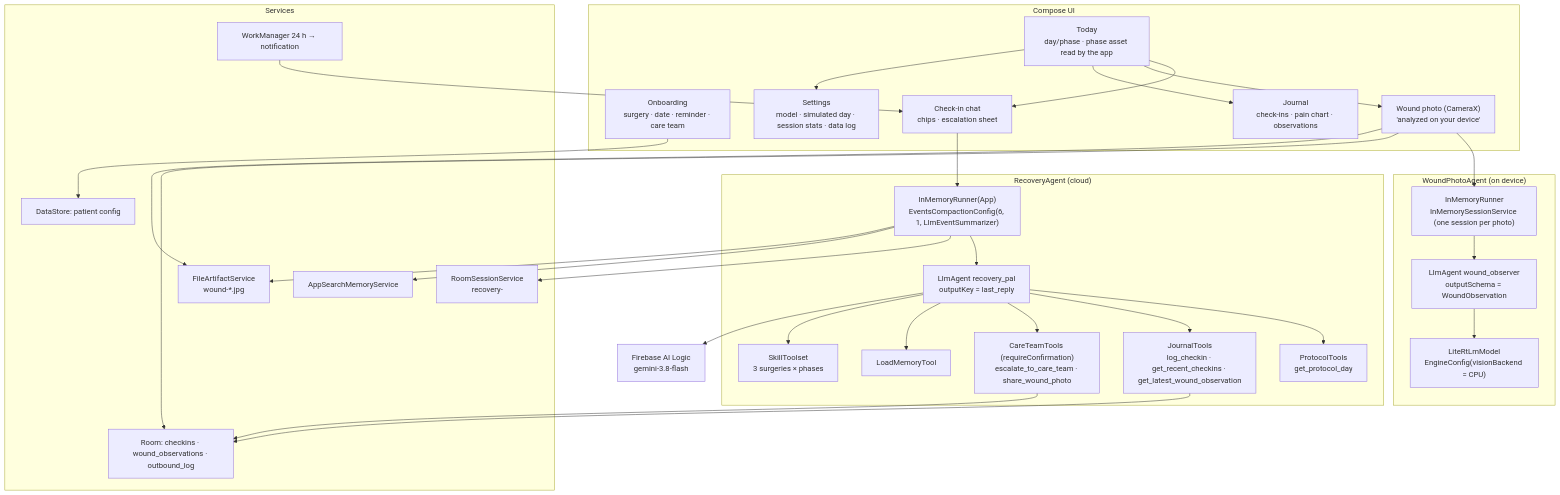
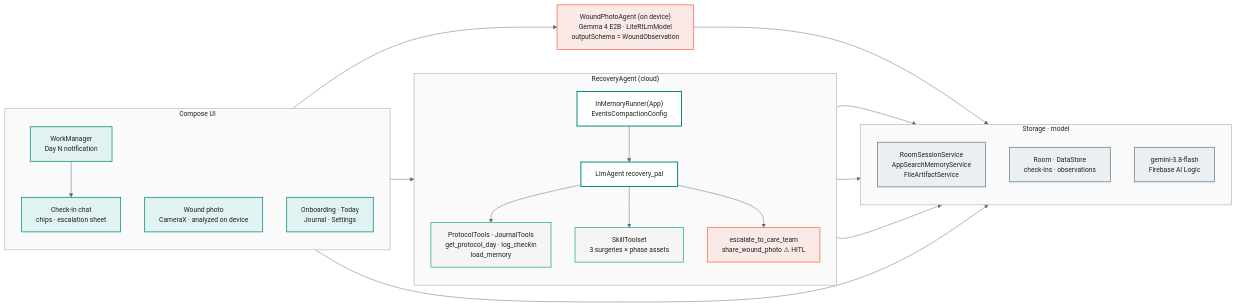
Before and after one commit to ykro/recovery-pal-demo: the first of 2 diagrams in README.md, drawn with Mermaid. The commit also changed other lines of this file, not shown here.

Commit message:
Redesign README Mermaid diagrams for readability on GitHub
Left-to-right layered flowcharts with per-app color classes that read in light and
dark themes, fewer edges, HITL tools and on-device models highlighted; sequence
diagrams get autonumber, notes and approve/cancel branches.

Claude-Session: https://claude.ai/code/session_01CG2TEoiKTQVJWCuS4cZA8s

````diff
--- a/README.md
+++ b/README.md
@@ -28,45 +28,48 @@
 ```mermaid
-flowchart TB
+%%{init: {'theme':'base','themeVariables': {'lineColor':'#546E7A','textColor':'#212121','edgeLabelBackground':'#FFFFFF','fontSize':'14px'},'flowchart': {'wrappingWidth': 320}}}%%
+flowchart LR
   subgraph UI["Compose UI"]
-    On["Onboarding\nsurgery · date · reminder · care team"]
-    Today["Today\nday/phase · phase asset read by the app"]
-    Chk["Check-in chat\nchips · escalation sheet"]
-    Photo["Wound photo (CameraX)\n'analyzed on your device'"]
-    Jr["Journal\ncheck-ins · pain chart · observations"]
-    St["Settings\nmodel · simulated day · session stats · data log"]
+    direction TB
+    WM["WorkManager<br/>Day N notification"]
+    Chk["Check-in chat<br/>chips · escalation sheet"]
+    Photo["Wound photo<br/>CameraX · analyzed on device"]
+    Screens["Onboarding · Today<br/>Journal · Settings"]
   end
-  subgraph Cloud["RecoveryAgent (cloud)"]
-    RR["InMemoryRunner(App)\nEventsCompactionConfig(6, 1, LlmEventSummarizer)"]
-    RA["LlmAgent recovery_pal\noutputKey = last_reply"]
-    PT["ProtocolTools\nget_protocol_day"]
-    JT["JournalTools\nlog_checkin · get_recent_checkins · get_latest_wound_observation"]
-    CT["CareTeamTools (requireConfirmation)\nescalate_to_care_team · share_wound_photo"]
-    LM["LoadMemoryTool"]
-    SK["SkillToolset\n3 surgeries × phases"]
+  subgraph CLOUD["RecoveryAgent (cloud)"]
+    direction TB
+    RR["InMemoryRunner(App)<br/>EventsCompactionConfig"]
+    RA["LlmAgent recovery_pal"]
+    Tools["ProtocolTools · JournalTools<br/>get_protocol_day · log_checkin<br/>load_memory"]
+    SK["SkillToolset<br/>3 surgeries × phase assets"]
+    CT["escalate_to_care_team<br/>share_wound_photo ⚠︎ HITL"]
   end
-  subgraph Device["WoundPhotoAgent (on device)"]
-    WR["InMemoryRunner\nInMemorySessionService (one session per photo)"]
-    WA["LlmAgent wound_observer\noutputSchema = WoundObservation"]
-    LR["LiteRtLmModel\nEngineConfig(visionBackend = CPU)"]
+  WA["WoundPhotoAgent (on device)<br/>Gemma 4 E2B · LiteRtLmModel<br/>outputSchema = WoundObservation"]
+  subgraph EXT["Storage · model"]
+    direction TB
+    Store["RoomSessionService<br/>AppSearchMemoryService<br/>FileArtifactService"]
+    DB["Room · DataStore<br/>check-ins · observations"]
+    Gem["gemini-3.8-flash<br/>Firebase AI Logic"]
   end
-  subgraph Services
-    Room["RoomSessionService\nrecovery-<episode>"]
-    Mem["AppSearchMemoryService"]
-    Art["FileArtifactService\nwound-*.jpg"]
-    DB["Room: checkins · wound_observations · outbound_log"]
-    DS["DataStore: patient config"]
-    WM["WorkManager 24 h → notification"]
-  end
-  Gem["Firebase AI Logic\ngemini-3.8-flash"]
 
-  On --> DS
-  Today --> Chk & Photo & Jr & St
-  Chk --> RR --> RA --> PT & JT & CT & LM & SK
+  WM --> Chk --> RR --> RA
+  RA --> Tools & SK & CT
   RA --> Gem
-  RR --> Room & Mem & Art
-  JT --> DB
-  CT --> DB
-  Photo --> WR --> WA --> LR
-  Photo --> DB & Art
-  WM --> Chk
+  RR --> Store
+  Tools --> DB
+  Photo --> WA --> DB
+  Screens --> DB
+
+  classDef ui fill:#E0F2F1,stroke:#00897B,stroke-width:1.5px,color:#212121
+  classDef agent fill:#FFFFFF,stroke:#00897B,stroke-width:2px,color:#212121
+  classDef tool fill:#F5F5F5,stroke:#26A69A,stroke-width:1.5px,color:#212121
+  classDef ext fill:#ECEFF1,stroke:#607D8B,stroke-width:1.5px,color:#212121
+  classDef accent fill:#FBE9E7,stroke:#FF8A65,stroke-width:2px,color:#212121
+  class WM,Chk,Photo,Screens ui
+  class RR,RA agent
+  class Tools,SK tool
+  class Store,DB,Gem ext
+  class CT,WA accent
+  style UI fill:#FAFAFA,stroke:#9E9E9E,color:#212121
+  style CLOUD fill:#FAFAFA,stroke:#9E9E9E,color:#212121
+  style EXT fill:#FAFAFA,stroke:#9E9E9E,color:#212121
 ```
````
